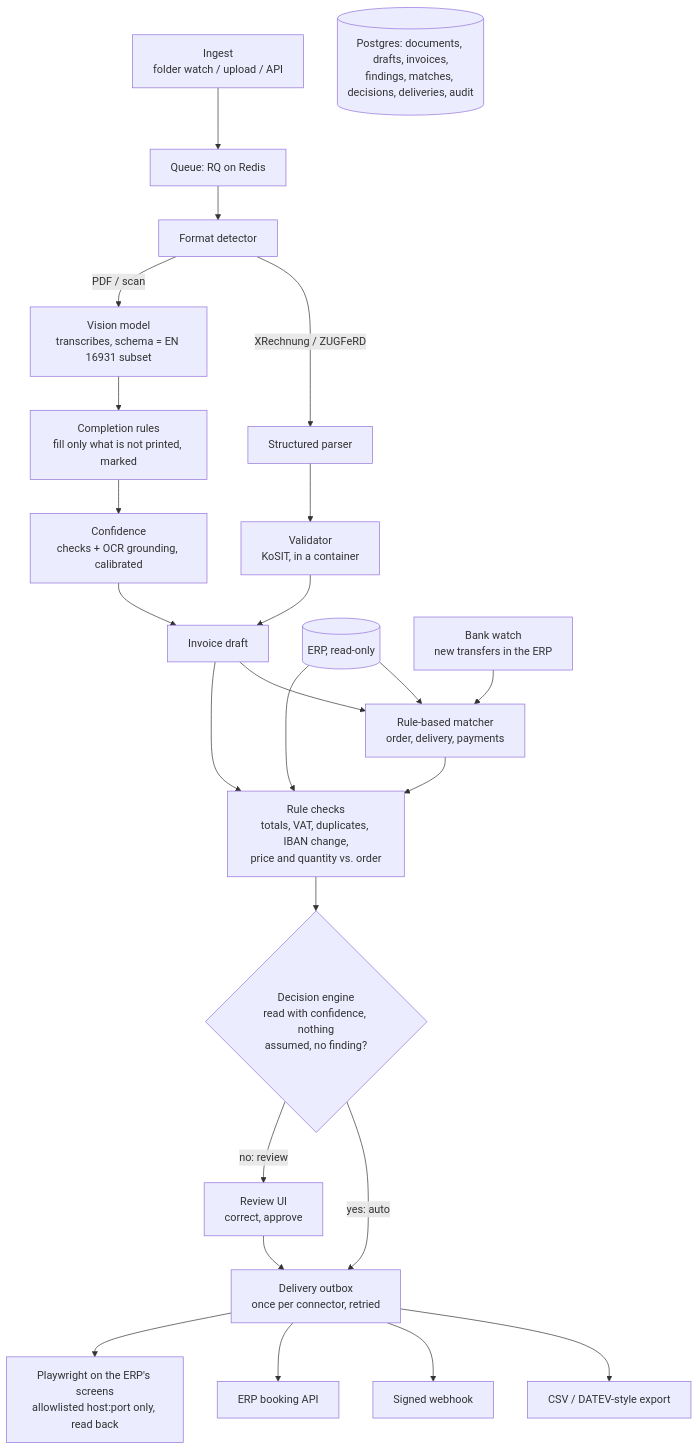
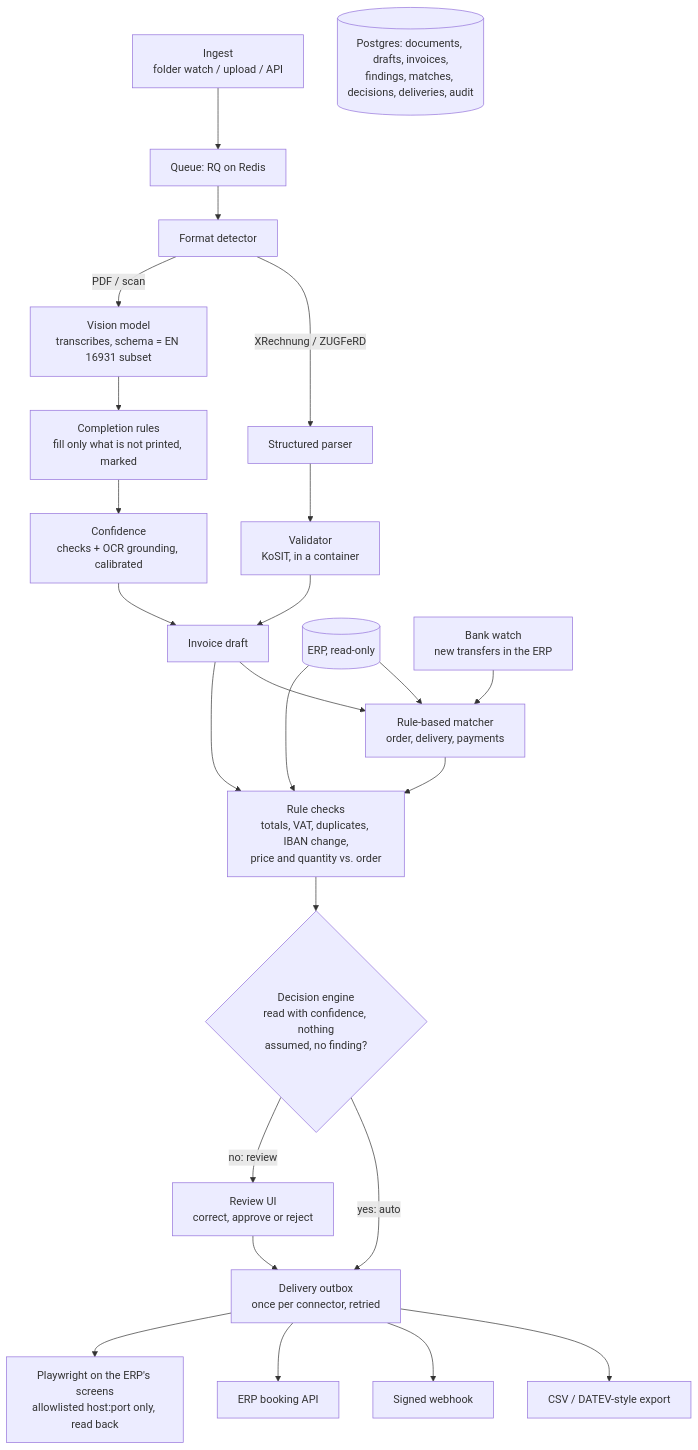
The diagram in ARCHITECTURE.md (DyanGao/einvoice-agent), drawn with Mermaid before and after one commit. The commit also changed other lines of this file and 16 other files, not shown here.

````diff
--- a/ARCHITECTURE.md
+++ b/ARCHITECTURE.md
@@ -10,26 +10,26 @@
 ```mermaid
 flowchart TD
   IN[Ingest<br/>folder watch / upload / API] --> Q[Queue: RQ on Redis] --> DET[Format detector]
   DET -->|XRechnung / ZUGFeRD| SP[Structured parser]
   SP --> VAL[Validator<br/>KoSIT, in a container]
   DET -->|PDF / scan| EX[Vision model<br/>transcribes, schema = EN 16931 subset]
   EX --> CR[Completion rules<br/>fill only what is not printed, marked]
   CR --> CONF[Confidence<br/>checks + OCR grounding, calibrated]
   VAL --> NORM[Invoice draft]
   CONF --> NORM
   NORM --> MA[Rule-based matcher<br/>order, delivery, payments]
   ERP[(ERP, read-only)] --> MA
   ERP --> CHK
   NORM --> CHK[Rule checks<br/>totals, VAT, duplicates, IBAN change,<br/>price and quantity vs. order]
   MA --> CHK
   CHK --> DEC{Decision engine<br/>read with confidence, nothing<br/>assumed, no finding?}
   DEC -->|yes: auto| OUT[Delivery outbox<br/>once per connector, retried]
-  DEC -->|no: review| HR[Review UI<br/>correct, approve]
+  DEC -->|no: review| HR[Review UI<br/>correct, approve or reject]
   HR --> OUT
   BANK[Bank watch<br/>new transfers in the ERP] --> MA
   OUT --> E1[CSV / DATEV-style export]
   OUT --> E2[Signed webhook]
   OUT --> E3[ERP booking API]
   OUT --> E4[Playwright on the ERP's screens<br/>allowlisted host:port only, read back]
   ALL[(Postgres: documents, drafts, invoices,<br/>findings, matches, decisions, deliveries, audit)]
 ```
````
